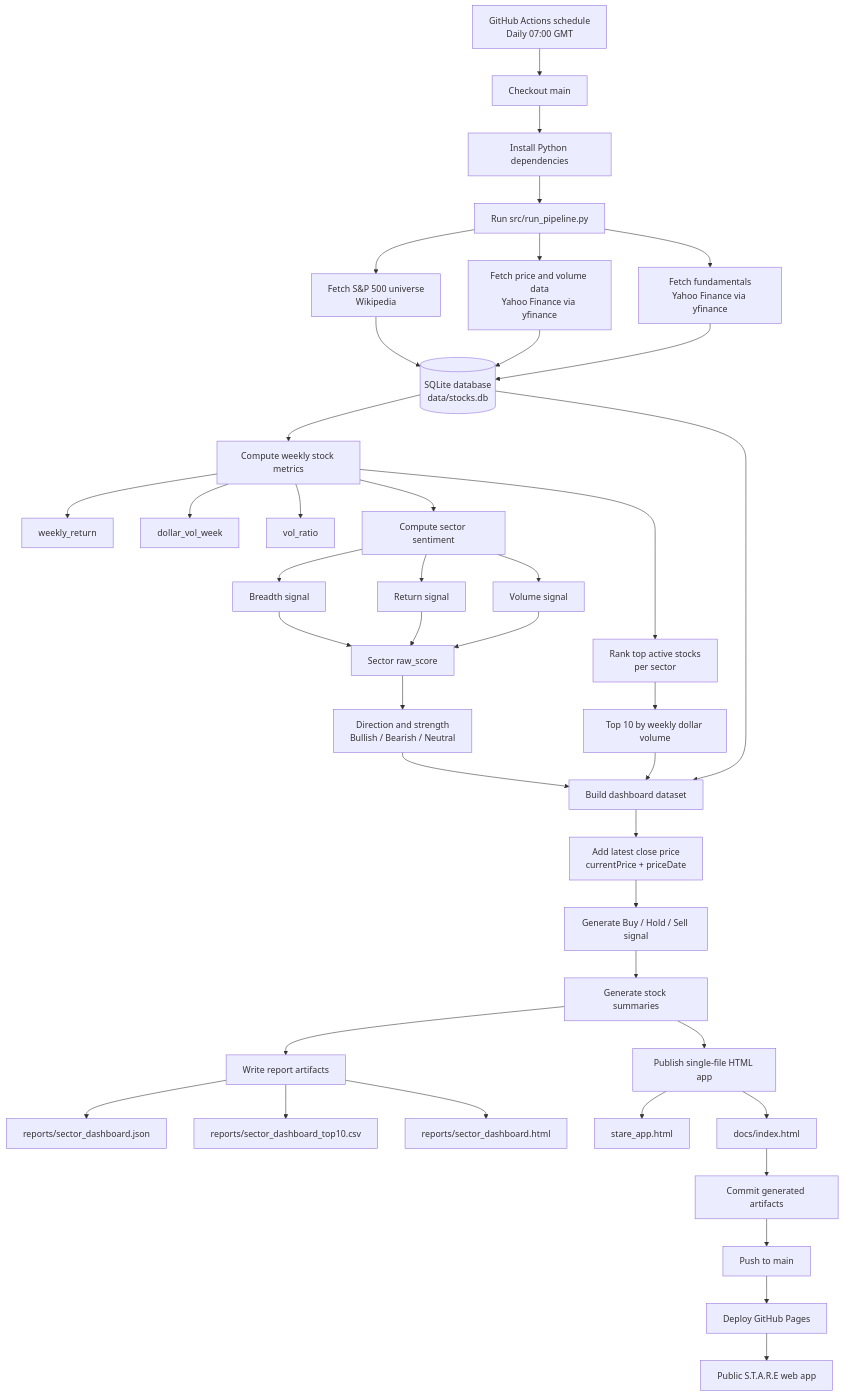
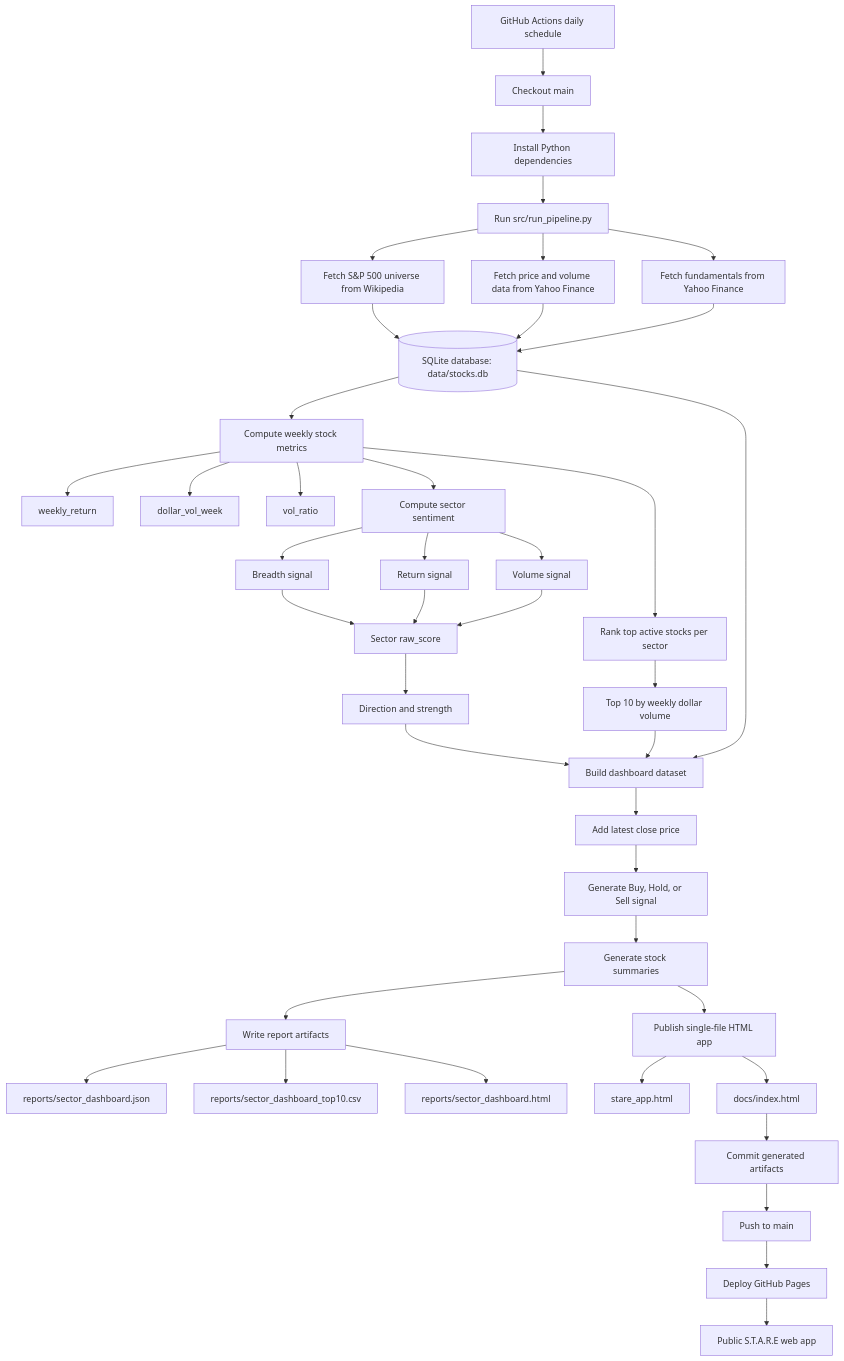
The diagram in README.md (vittok/stare), drawn with Mermaid before and after one commit.

Commit message:
Fix GitHub Mermaid workflow rendering

````diff
--- a/README.md
+++ b/README.md
@@ -90,52 +90,52 @@
 ```mermaid
 flowchart TD
-    A[GitHub Actions schedule<br/>Daily 07:00 GMT] --> B[Checkout main]
-    B --> C[Install Python dependencies]
-    C --> D[Run src/run_pipeline.py]
+    A["GitHub Actions daily schedule"] --> B["Checkout main"]
+    B --> C["Install Python dependencies"]
+    C --> D["Run src/run_pipeline.py"]
 
-    D --> E[Fetch S&P 500 universe<br/>Wikipedia]
-    D --> F[Fetch price and volume data<br/>Yahoo Finance via yfinance]
-    D --> G[Fetch fundamentals<br/>Yahoo Finance via yfinance]
+    D --> E["Fetch S&P 500 universe from Wikipedia"]
+    D --> F["Fetch price and volume data from Yahoo Finance"]
+    D --> G["Fetch fundamentals from Yahoo Finance"]
 
-    E --> H[(SQLite database<br/>data/stocks.db)]
+    E --> H[("SQLite database: data/stocks.db")]
     F --> H
     G --> H
 
-    H --> I[Compute weekly stock metrics]
-    I --> I1[weekly_return]
-    I --> I2[dollar_vol_week]
-    I --> I3[vol_ratio]
+    H --> I["Compute weekly stock metrics"]
+    I --> I1["weekly_return"]
+    I --> I2["dollar_vol_week"]
+    I --> I3["vol_ratio"]
 
-    I --> J[Compute sector sentiment]
-    J --> J1[Breadth signal]
-    J --> J2[Return signal]
-    J --> J3[Volume signal]
-    J1 --> K[Sector raw_score]
+    I --> J["Compute sector sentiment"]
+    J --> J1["Breadth signal"]
+    J --> J2["Return signal"]
+    J --> J3["Volume signal"]
+    J1 --> K["Sector raw_score"]
     J2 --> K
     J3 --> K
-    K --> L[Direction and strength<br/>Bullish / Bearish / Neutral]
+    K --> L["Direction and strength"]
 
-    I --> M[Rank top active stocks<br/>per sector]
-    M --> N[Top 10 by weekly dollar volume]
+    I --> M["Rank top active stocks per sector"]
+    M --> N["Top 10 by weekly dollar volume"]
 
-    H --> O[Build dashboard dataset]
+    H --> O["Build dashboard dataset"]
     L --> O
     N --> O
-    O --> P[Add latest close price<br/>currentPrice + priceDate]
-    P --> Q[Generate Buy / Hold / Sell signal]
-    Q --> R[Generate stock summaries]
+    O --> P["Add latest close price"]
+    P --> Q["Generate Buy, Hold, or Sell signal"]
+    Q --> R["Generate stock summaries"]
 
-    R --> S[Write report artifacts]
-    S --> S1[reports/sector_dashboard.json]
-    S --> S2[reports/sector_dashboard_top10.csv]
-    S --> S3[reports/sector_dashboard.html]
+    R --> S["Write report artifacts"]
+    S --> S1["reports/sector_dashboard.json"]
+    S --> S2["reports/sector_dashboard_top10.csv"]
+    S --> S3["reports/sector_dashboard.html"]
 
-    R --> T[Publish single-file HTML app]
-    T --> T1[stare_app.html]
-    T --> T2[docs/index.html]
+    R --> T["Publish single-file HTML app"]
+    T --> T1["stare_app.html"]
+    T --> T2["docs/index.html"]
 
-    T2 --> U[Commit generated artifacts]
-    U --> V[Push to main]
-    V --> W[Deploy GitHub Pages]
-    W --> X[Public S.T.A.R.E web app]
+    T2 --> U["Commit generated artifacts"]
+    U --> V["Push to main"]
+    V --> W["Deploy GitHub Pages"]
+    W --> X["Public S.T.A.R.E web app"]
 ```
````
